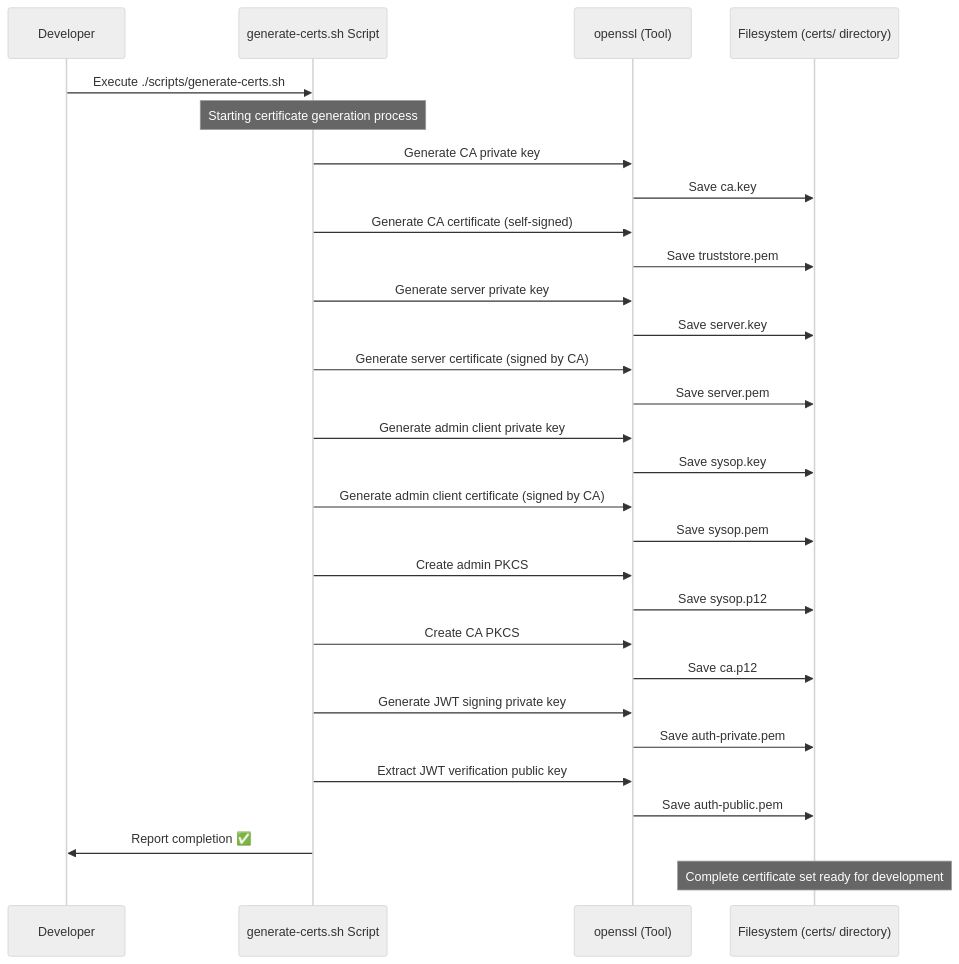
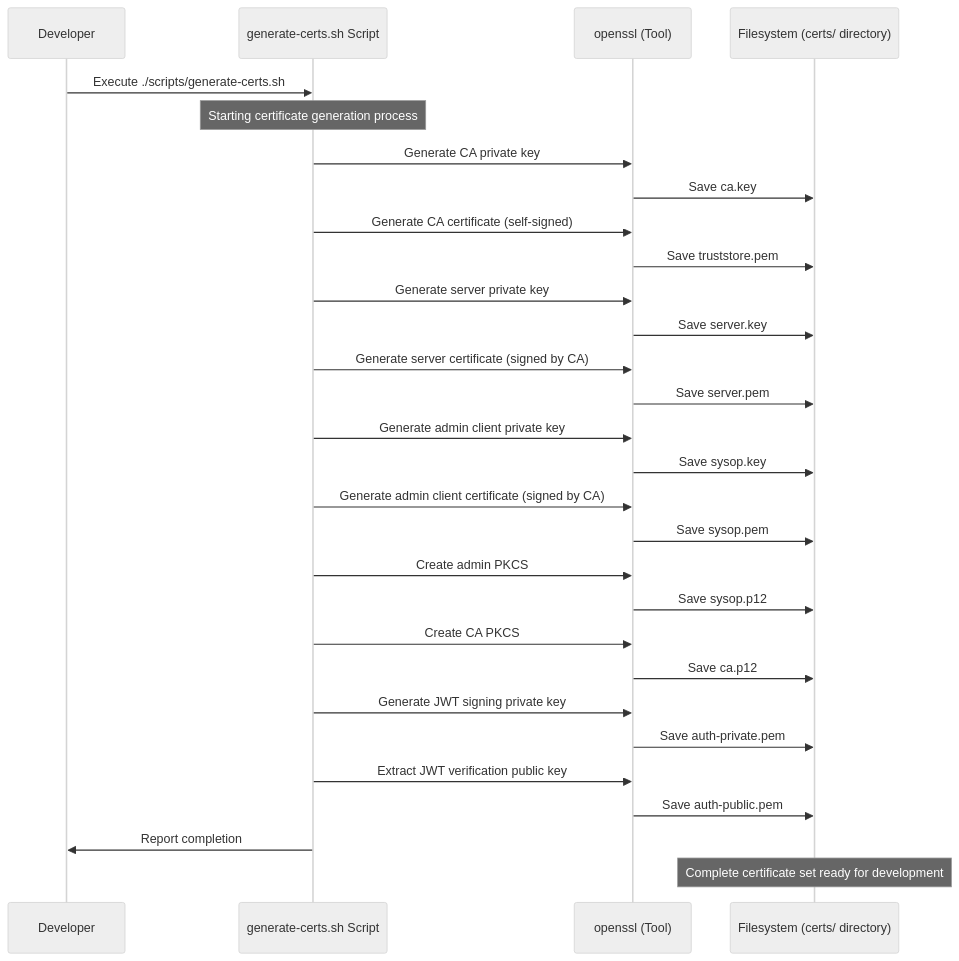
The diagram in docs/diagrams/1-cert-generation-dev.md (cluster1-arrowcolony/arrowhead-lite), drawn with Mermaid (neutral theme) before and after one commit. The commit also changed other lines of this file and 18 other files, not shown here.

````diff
--- a/docs/diagrams/1-cert-generation-dev.md
+++ b/docs/diagrams/1-cert-generation-dev.md
@@ -5,43 +5,43 @@
 ```mermaid
 sequenceDiagram
     participant Developer
     participant Script as generate-certs.sh Script
     participant OpenSSL as openssl (Tool)
     participant FS as Filesystem (certs/ directory)
 
     Developer->>Script: Execute ./scripts/generate-certs.sh
     Note over Script: Starting certificate generation process
-    
+
     Script->>OpenSSL: Generate CA private key
     OpenSSL->>FS: Save ca.key
-    
+
     Script->>OpenSSL: Generate CA certificate (self-signed)
     OpenSSL->>FS: Save truststore.pem
-    
+
     Script->>OpenSSL: Generate server private key
     OpenSSL->>FS: Save server.key
-    
+
     Script->>OpenSSL: Generate server certificate (signed by CA)
     OpenSSL->>FS: Save server.pem
-    
+
     Script->>OpenSSL: Generate admin client private key
     OpenSSL->>FS: Save sysop.key
-    
+
     Script->>OpenSSL: Generate admin client certificate (signed by CA)
     OpenSSL->>FS: Save sysop.pem
-    
+
     Script->>OpenSSL: Create admin PKCS#12 bundle
     OpenSSL->>FS: Save sysop.p12
-    
+
     Script->>OpenSSL: Create CA PKCS#12 keystore
     OpenSSL->>FS: Save ca.p12
-    
+
     Script->>OpenSSL: Generate JWT signing private key
     OpenSSL->>FS: Save auth-private.pem
-    
+
     Script->>OpenSSL: Extract JWT verification public key
     OpenSSL->>FS: Save auth-public.pem
-    
-    Script->>Developer: Report completion ✅
+
+    Script->>Developer: Report completion
     Note over FS: Complete certificate set ready for development
 ```
````
